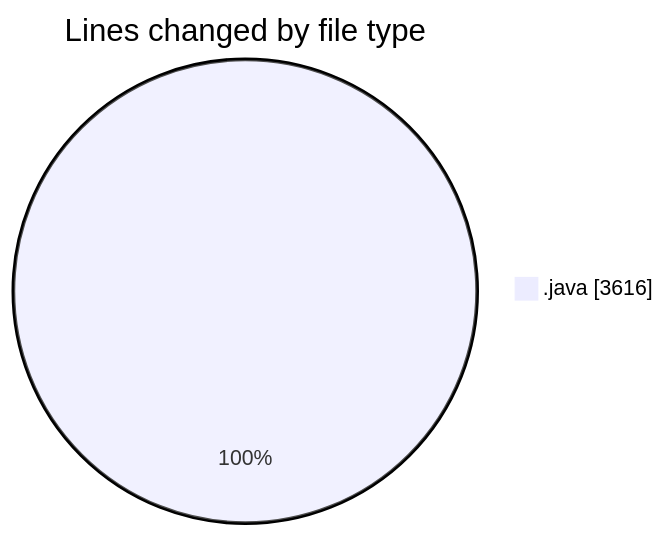
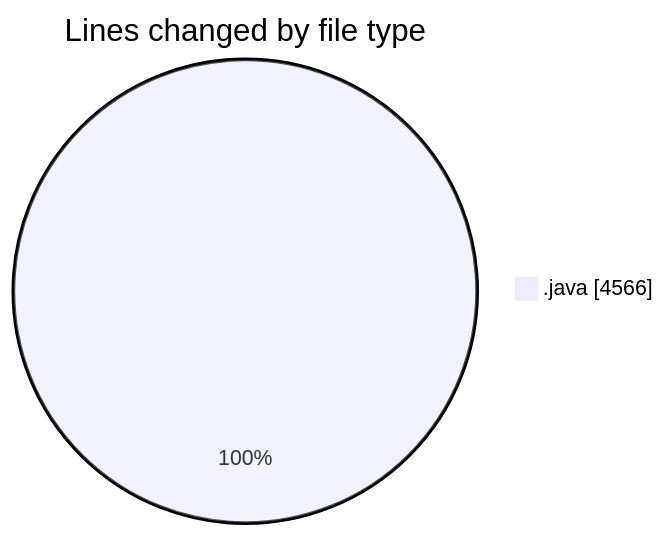
One commit to ricardozamudiocil/code-tracking changed the first of 2 diagrams in 2026-03-27/cilapp/README.md. Above: the diagram before and after it, drawn with Mermaid. The commit also changed other lines of this file and 1 other file, not shown here.

````diff
--- a/2026-03-27/cilapp/README.md
+++ b/2026-03-27/cilapp/README.md
@@ -20,5 +21,5 @@
 ```mermaid
 pie showData
 title Lines changed by file type
-".java" : 3616
+".java" : 4566
 ```
````
